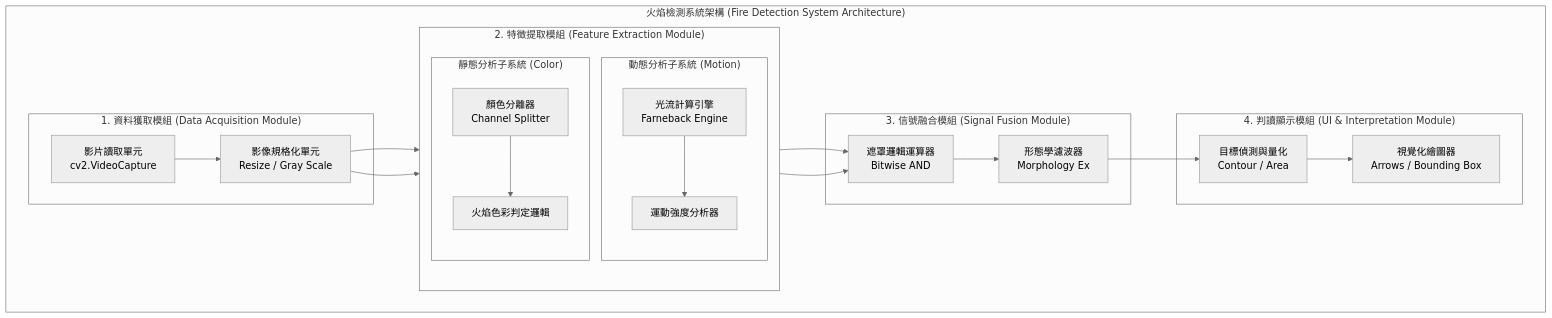
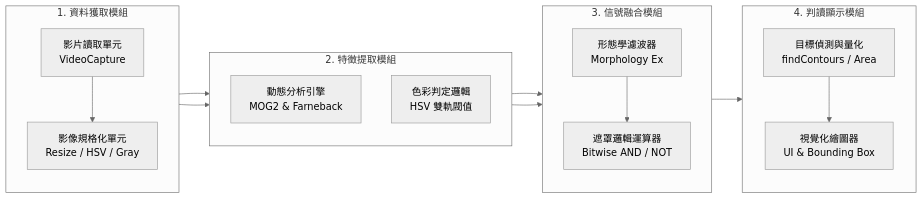
One commit to wsy0331/Embedded-Image-Processing-Final-Report changed the second of 2 diagrams in README.md. Above: the diagram before and after it, drawn with Mermaid (neutral theme).

Commit message:
fix: 修正架構圖

````diff
--- a/README.md
+++ b/README.md
@@ -45,51 +45,44 @@
 ```mermaid
-graph TD
-    %% 定義模組容器
-    subgraph "火焰檢測系統架構 (Fire Detection System Architecture)"
+graph LR
+    %% 整體排版設定為由左至右 (Left to Right)
+    
+    subgraph Stage1 ["1. 資料獲取模組"]
+        direction TB
+        Input[影片讀取單元<br/>VideoCapture]
+        Pre[影像規格化單元<br/>Resize / HSV / Gray]
         
-        subgraph "1. 資料獲取模組 (Data Acquisition Module)"
-            Input[影片讀取單元<br/>cv2.VideoCapture]
-            Pre[影像規格化單元<br/>Resize / Gray Scale]
-        end
-
-        subgraph "2. 特徵提取模組 (Feature Extraction Module)"
-            direction TB
-
-            subgraph "動態分析子系統 (Motion)"
-                OF[光流計算引擎<br/>Farneback Engine]
-                MA[運動強度分析器]
-            end
-
-            subgraph "靜態分析子系統 (Color)"
-                CS[顏色分離器<br/>Channel Splitter]
-                CL[火焰色彩判定邏輯]
-            end
-        end
-
-        subgraph "3. 信號融合模組 (Signal Fusion Module)"
-            AND[遮罩邏輯運算器<br/>Bitwise AND]
-            Morph[形態學濾波器<br/>Morphology Ex]
-        end
-
-        subgraph "4. 判讀顯示模組 (UI & Interpretation Module)"
-            Detect[目標偵測與量化<br/>Contour / Area]
-            Vis[視覺化繪圖器<br/>Arrows / Bounding Box]
-        end
-
+        Input --> Pre
     end
 
-    %% 模組間資料流
-    Input --> Pre
-    Pre --> OF
-    Pre --> CS
+    subgraph Stage2 ["2. 特徵提取模組"]
+        direction TB
+        Motion[動態分析引擎<br/>MOG2 & Farneback]
+        Color[色彩判定邏輯<br/>HSV 雙軌閥值]
+    end
 
-    OF --> MA
-    CS --> CL
+    subgraph Stage3 ["3. 信號融合模組"]
+        direction TB
+        Morph[形態學濾波器<br/>Morphology Ex]
+        AND[遮罩邏輯運算器<br/>Bitwise AND / NOT]
+        
+        Morph --> AND
+       
+    end
 
-    MA --> AND
-    CL --> AND
+    subgraph Stage4 ["4. 判讀顯示模組"]
+        direction TB
+        Detect[目標偵測與量化<br/>findContours / Area]
+        Vis[視覺化繪圖器<br/>UI & Bounding Box]
+        
+        Detect --> Vis
+    end
 
-    AND --> Morph
-    Morph --> Detect
-    Detect --> Vis
+    %% 跨模組的資料流 (這會強制系統將 Subgraph 橫向並排)
+    Pre --> Motion
+    Pre --> Color
+
+    Motion --> Morph
+    Color --> AND
+
+    AND --> Detect
 ```
````
